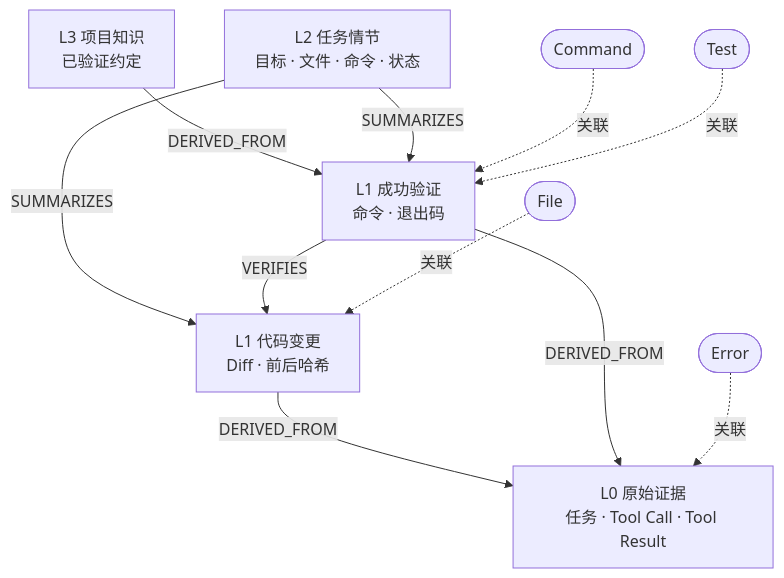
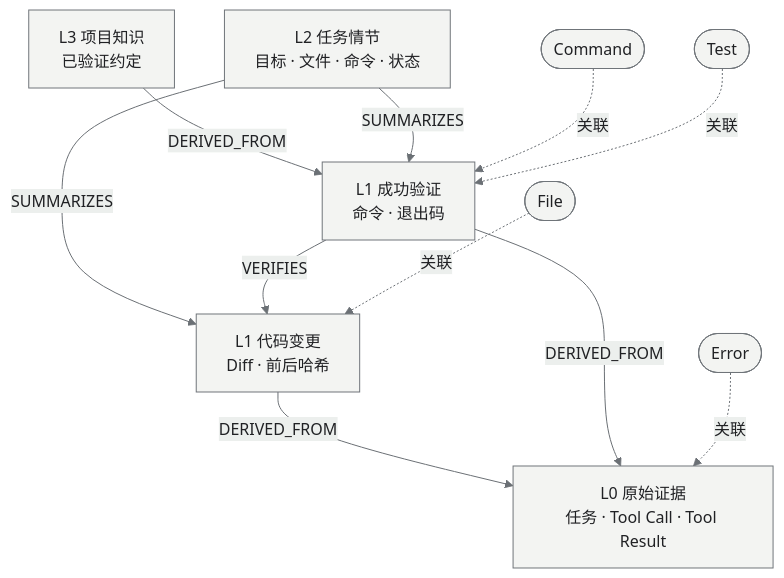
One commit to mitbff/trace-coding-agent changed the second of 2 diagrams in README.md. Above: the diagram before and after it, drawn with Mermaid. The commit also changed other lines of this file and 2 other files, not shown here.

````diff
--- a/README.md
+++ b/README.md
@@ -108,20 +107,21 @@
 ```mermaid
+%%{init: {'theme':'base','themeVariables':{'primaryColor':'#f3f4f2','primaryTextColor':'#202124','primaryBorderColor':'#70757a','lineColor':'#6b7075','clusterBkg':'#fafafa','clusterBorder':'#a8adb1','secondaryColor':'#ecefed','tertiaryColor':'#ffffff','fontFamily':'Arial, sans-serif'}}}%%
 flowchart TB
   L3[L3 项目知识<br/>已验证约定]
   L2[L2 任务情节<br/>目标 · 文件 · 命令 · 状态]
   C[L1 代码变更<br/>Diff · 前后哈希]
   V[L1 成功验证<br/>命令 · 退出码]
   L0[L0 原始证据<br/>任务 · Tool Call · Tool Result]
 
   L3 -->|DERIVED_FROM| V
   L2 -->|SUMMARIZES| C
   L2 -->|SUMMARIZES| V
   C -->|DERIVED_FROM| L0
   V -->|DERIVED_FROM| L0
   V -->|VERIFIES| C
 
   F([File]) -.关联.-> C
   CMD([Command]) -.关联.-> V
   T([Test]) -.关联.-> V
   E([Error]) -.关联.-> L0
 ```
````
